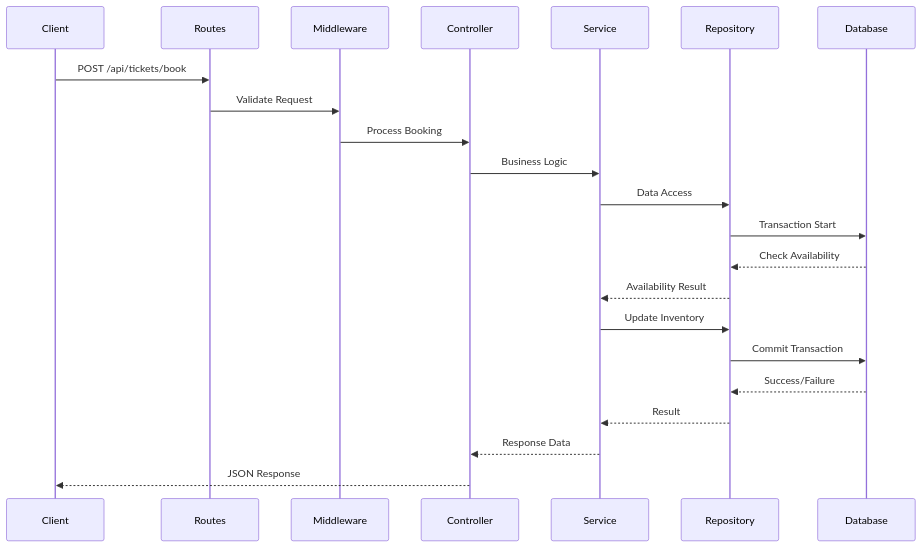
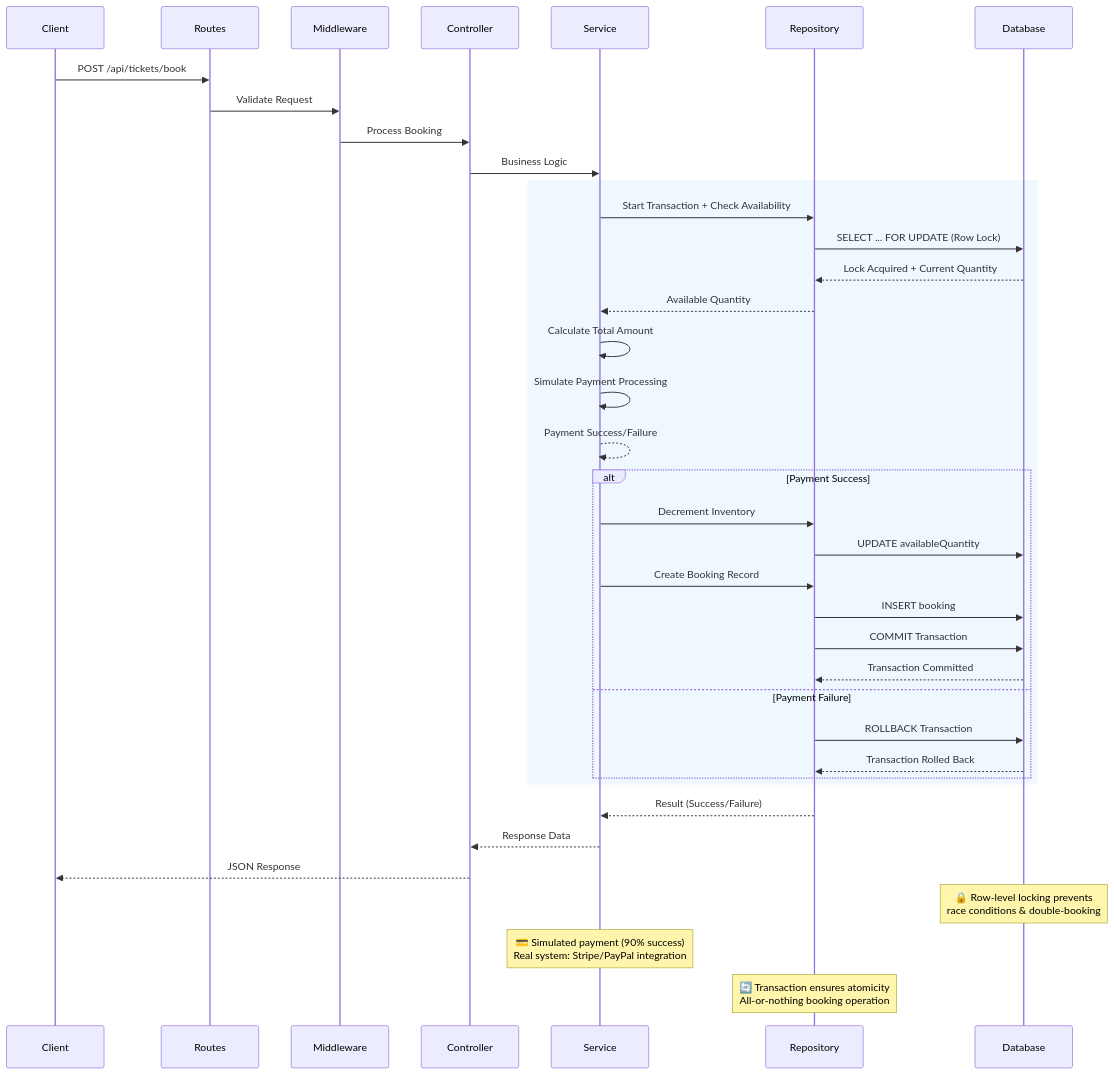
The second of 5 diagrams in ARCHITECTURAL_DECISIONS.md (pradeepshrestha14/ticket-booking-node-backend), drawn with Mermaid before and after one commit. The commit also changed other lines of this file and 1 other file, not shown here.

````diff
--- a/ARCHITECTURAL_DECISIONS.md
+++ b/ARCHITECTURAL_DECISIONS.md
@@ -71,25 +71,46 @@
 ```mermaid
 sequenceDiagram
     participant Client
     participant Routes
     participant Middleware
     participant Controller
     participant Service
     participant Repository
     participant Database
 
     Client->>Routes: POST /api/tickets/book
     Routes->>Middleware: Validate Request
     Middleware->>Controller: Process Booking
     Controller->>Service: Business Logic
-    Service->>Repository: Data Access
-    Repository->>Database: Transaction Start
-    Database-->>Repository: Check Availability
-    Repository-->>Service: Availability Result
-    Service->>Repository: Update Inventory
-    Repository->>Database: Commit Transaction
-    Database-->>Repository: Success/Failure
-    Repository-->>Service: Result
+
+    rect rgb(240, 248, 255)
+        Service->>Repository: Start Transaction + Check Availability
+        Repository->>Database: SELECT ... FOR UPDATE (Row Lock)
+        Database-->>Repository: Lock Acquired + Current Quantity
+        Repository-->>Service: Available Quantity
+
+        Service->>Service: Calculate Total Amount
+        Service->>Service: Simulate Payment Processing
+        Service-->>Service: Payment Success/Failure
+
+        alt Payment Success
+            Service->>Repository: Decrement Inventory
+            Repository->>Database: UPDATE availableQuantity
+            Service->>Repository: Create Booking Record
+            Repository->>Database: INSERT booking
+            Repository->>Database: COMMIT Transaction
+            Database-->>Repository: Transaction Committed
+        else Payment Failure
+            Repository->>Database: ROLLBACK Transaction
+            Database-->>Repository: Transaction Rolled Back
+        end
+    end
+
+    Repository-->>Service: Result (Success/Failure)
     Service-->>Controller: Response Data
     Controller-->>Client: JSON Response
+
+    Note over Database: 🔒 Row-level locking prevents<br/>race conditions & double-booking
+    Note over Service: 💳 Simulated payment (90% success)<br/>Real system: Stripe/PayPal integration
+    Note over Repository: 🔄 Transaction ensures atomicity<br/>All-or-nothing booking operation
 ```
````
